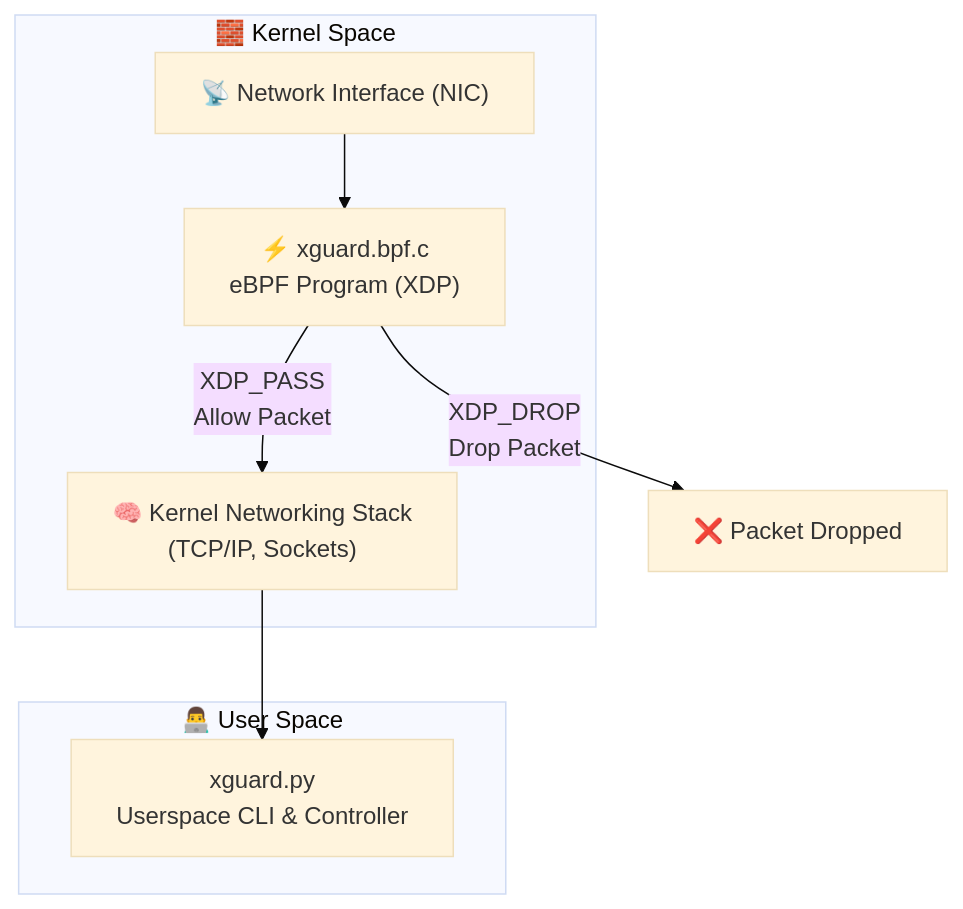
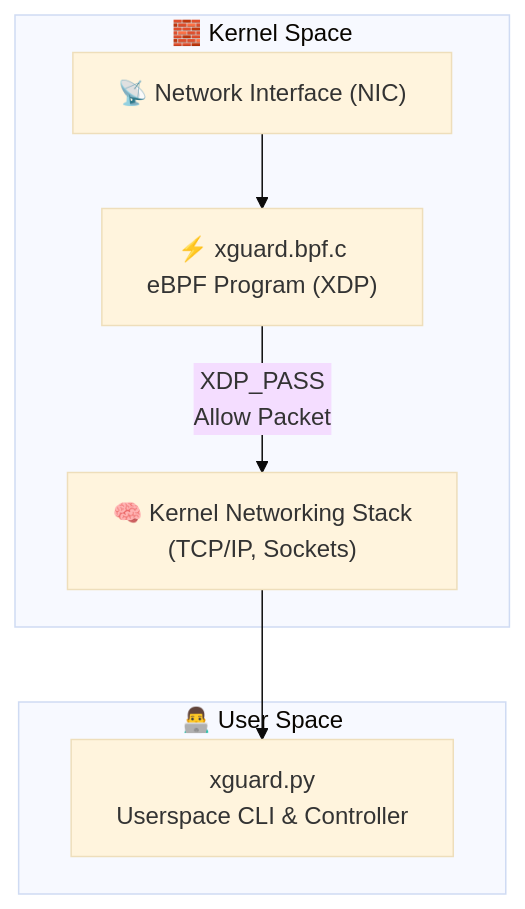
The diagram in README.md (marchesir/xguard), drawn with Mermaid (base theme) before and after one commit. The commit also changed other lines of this file, not shown here.

````diff
--- a/README.md
+++ b/README.md
@@ -36,18 +37,17 @@
 ```mermaid
 flowchart TD
     subgraph "🧱 Kernel Space"
         NIC["📡 Network Interface (NIC)"]
         XDP["⚡ xguard.bpf.c<br>eBPF Program (XDP)"]
         KernelStack["🧠 Kernel Networking Stack<br>(TCP/IP, Sockets)"]
     end
 
     subgraph "👨‍💻 User Space"
         App["xguard.py<br>Userspace CLI & Controller"]
     end
 
     NIC --> XDP
-    XDP -- "XDP_PASS<br>Allow Packet" --> KernelStack
-    XDP -- "XDP_DROP<br>Drop Packet" --> Drop["❌ Packet Dropped"]
+    XDP -- "XDP_PASS<br>Allow Packet" --> KernelStack    
 
     KernelStack --> App
 ```
````
